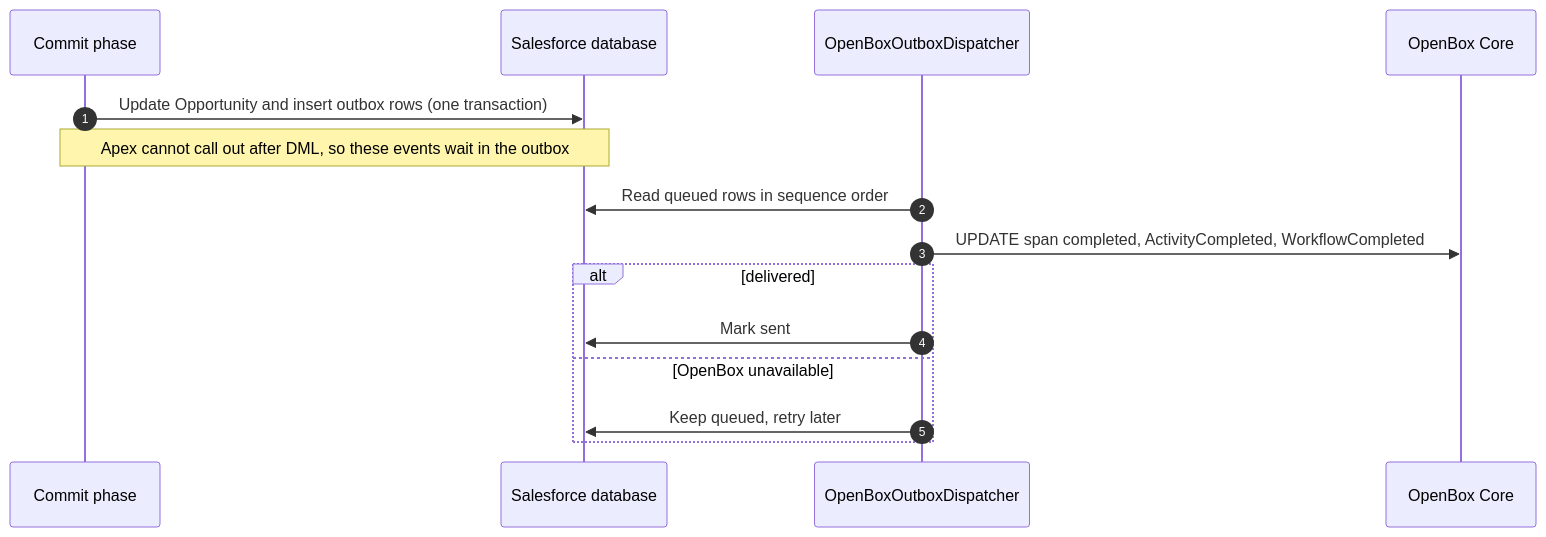
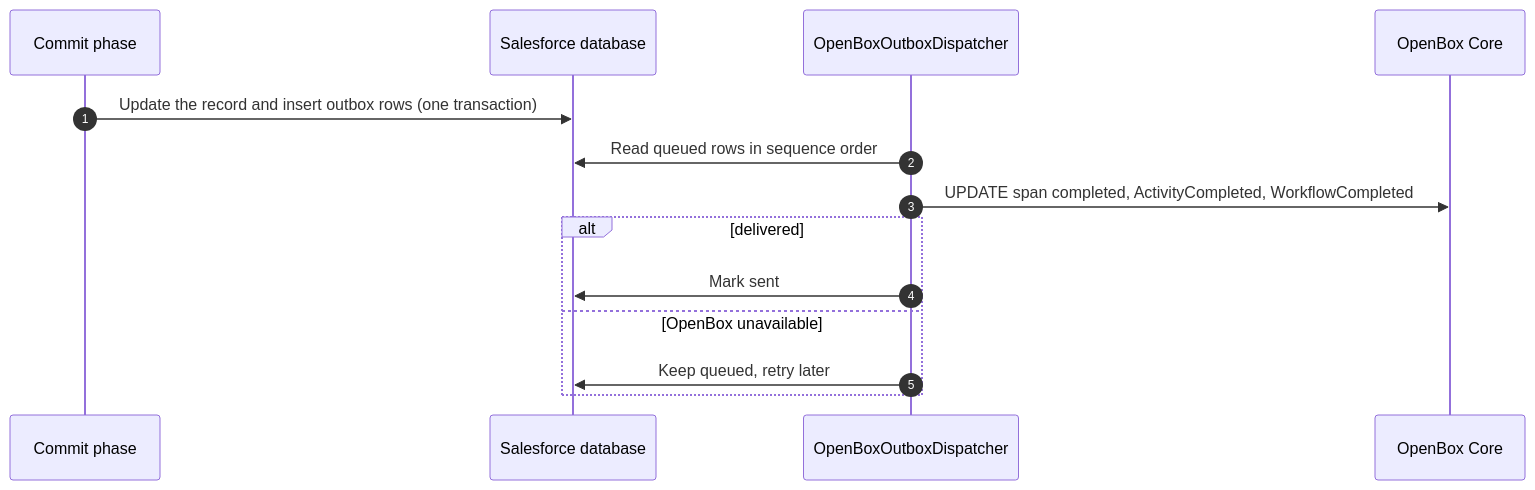
Before and after one commit to OpenBox-AI/openbox-agentforce-sdk: the seventh of 7 diagrams in README.md, drawn with Mermaid. The commit also changed other lines of this file and 2 other files, not shown here.

````diff
--- a/README.md
+++ b/README.md
@@ -346,18 +269,17 @@
 ```mermaid
 sequenceDiagram
   autonumber
   participant Apex as Commit phase
   participant DB as Salesforce database
   participant Disp as OpenBoxOutboxDispatcher
   participant Core as OpenBox Core
 
-  Apex->>DB: Update Opportunity and insert outbox rows (one transaction)
-  Note over Apex,DB: Apex cannot call out after DML, so these events wait in the outbox
+  Apex->>DB: Update the record and insert outbox rows (one transaction)
   Disp->>DB: Read queued rows in sequence order
   Disp->>Core: UPDATE span completed, ActivityCompleted, WorkflowCompleted
   alt delivered
     Disp->>DB: Mark sent
   else OpenBox unavailable
     Disp->>DB: Keep queued, retry later
   end
 ```
````
